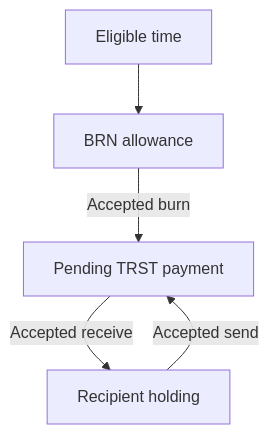
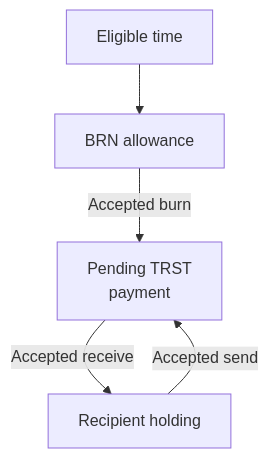
Before and after one commit to BURST-UBI/protocol: the first of 2 diagrams in docs/introduction/ECONOMICS.md, drawn with Mermaid. The commit also changed other lines of this file and 19 other files, not shown here.

````diff
--- a/docs/introduction/ECONOMICS.md
+++ b/docs/introduction/ECONOMICS.md
@@ -8,7 +8,9 @@
 ```mermaid
 flowchart TD
+    accTitle: From allowance to payment
+    accDescr: Eligible time accrues BRN. An accepted burn creates pending TRST. An accepted receive delivers it. Sending existing TRST creates another pending payment without issuing new value.
     A[Eligible time] --> B[BRN allowance]
-    B -->|Accepted burn| C[Pending TRST payment]
+    B -->|Accepted burn| C["Pending TRST<br/>payment"]
     C -->|Accepted receive| D[Recipient holding]
     D -->|Accepted send| C
 ```
````
